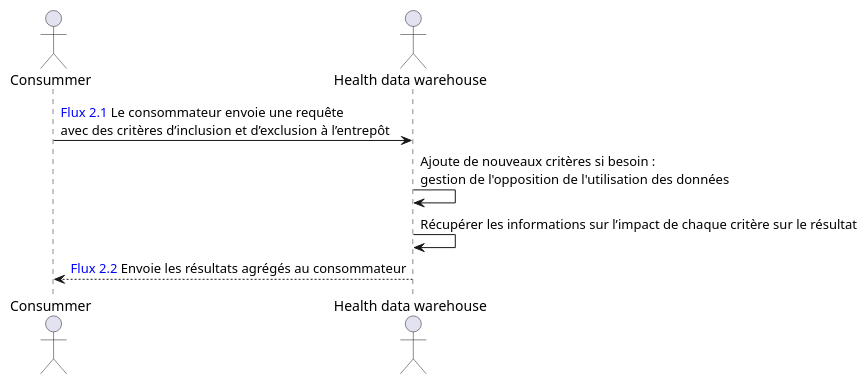
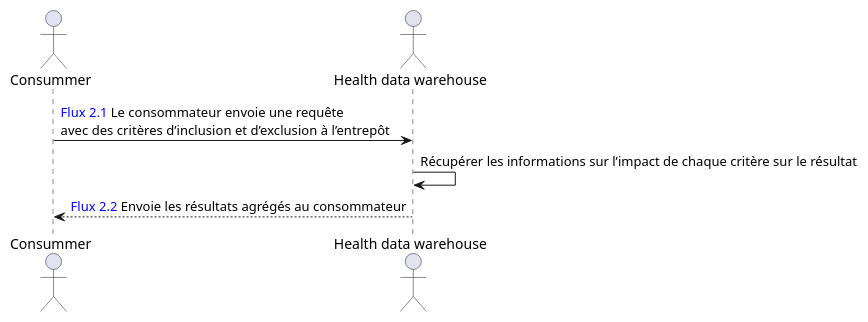
One commit to ONCOFAIR/FHIR-ImplementationGuide-Article changed the diagram in input/images-source/feasibility_study_research_flow_fonctionnal.plantuml. Above: the diagram before and after it, drawn with PlantUML. The commit also changed 8 other files, not shown here.

```diff
--- a/input/images-source/feasibility_study_research_flow_fonctionnal.plantuml
+++ b/input/images-source/feasibility_study_research_flow_fonctionnal.plantuml
@@ -1,9 +1,8 @@
 @startuml
 actor "Consummer" as C
 actor "Health data warehouse" as EDS
 
 C -> EDS: <color:blue>Flux 2.1</color> Le consommateur envoie une requête \navec des critères d’inclusion et d’exclusion à l’entrepôt
-EDS-> EDS : Ajoute de nouveaux critères si besoin : \ngestion de l'opposition de l'utilisation des données
 EDS-> EDS : Récupérer les informations sur l’impact de chaque critère sur le résultat
 EDS --> C: <color:blue>Flux 2.2</color> Envoie les résultats agrégés au consommateur
 @enduml
```
